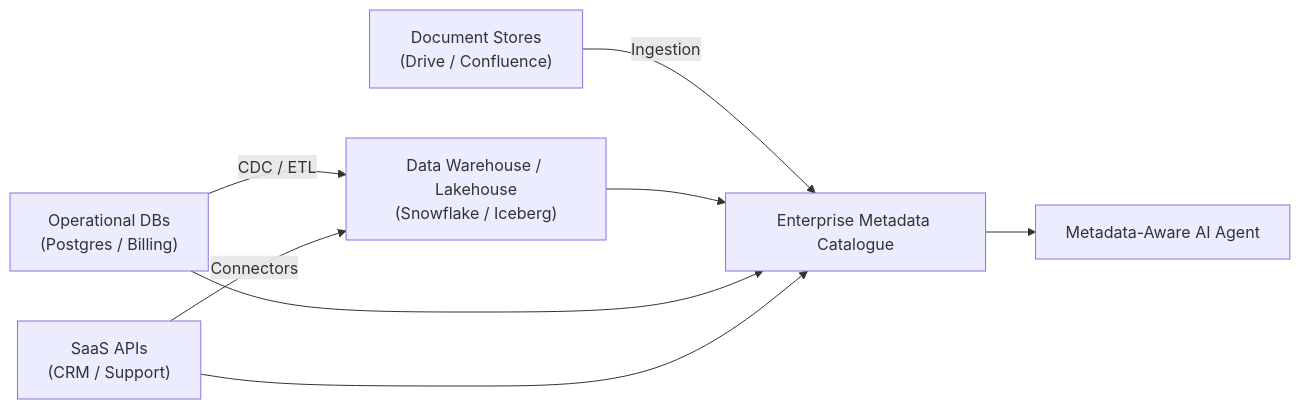
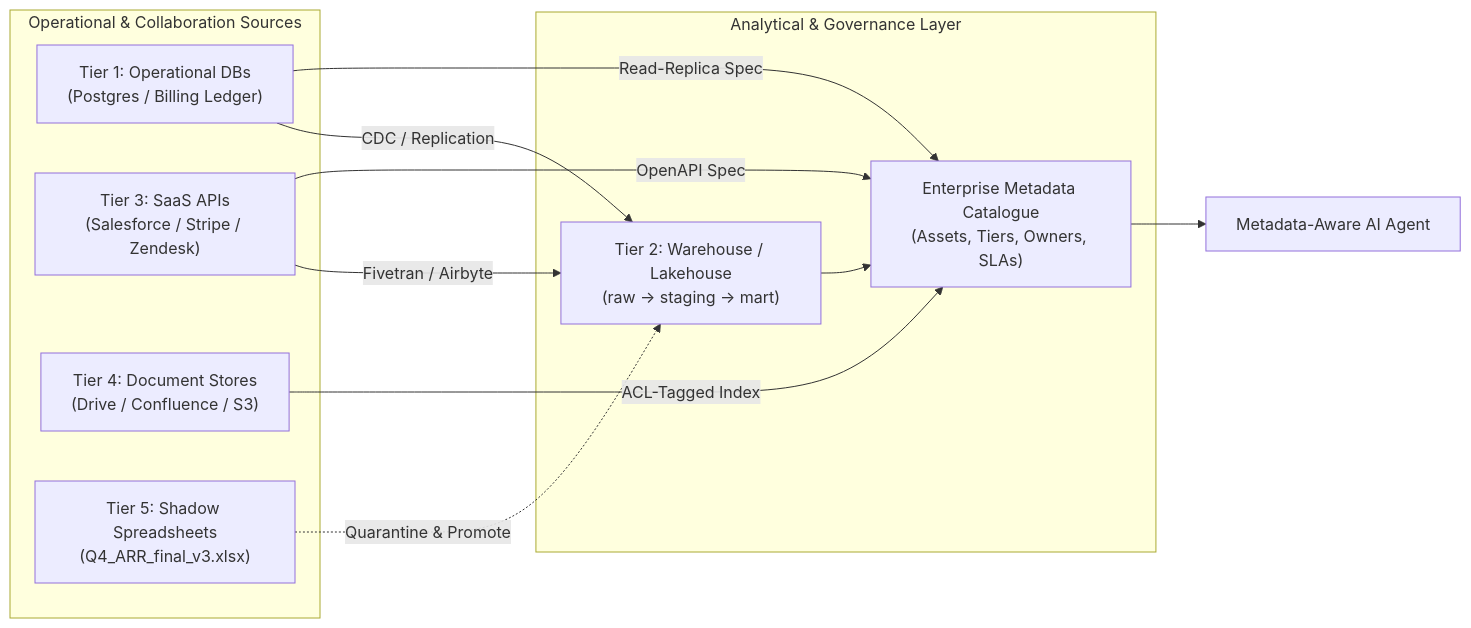
One commit to Amie-dev/FDE-and-GenAI-Mastery changed the first of 2 diagrams in Lecture 24 - Enterprise Data Discovery and Apache Ossie/notes/01_Mapping_Enterprise_Data_Estates.md. Above: the diagram before and after it, drawn with Mermaid. The commit also changed other lines of this file and 92 other files, not shown here.

````diff
--- a/Lecture 24 - Enterprise Data Discovery and Apache Ossie/notes/01_Mapping_Enterprise_Data_Estates.md
+++ b/Lecture 24 - Enterprise Data Discovery and Apache Ossie/notes/01_Mapping_Enterprise_Data_Estates.md
@@ -33,10 +37,23 @@
 ```mermaid
 flowchart LR
-    OLTP["Operational DBs<br/>(Postgres / Billing)"] -->|"CDC / ETL"| DWH["Data Warehouse / Lakehouse<br/>(Snowflake / Iceberg)"]
-    SaaS["SaaS APIs<br/>(CRM / Support)"] -->|"Connectors"| DWH
-    Docs["Document Stores<br/>(Drive / Confluence)"] -->|"Ingestion"| Cat["Enterprise Metadata Catalogue"]
+    subgraph SRC["Operational & Collaboration Sources"]
+        OLTP["Tier 1: Operational DBs<br/>(Postgres / Billing Ledger)"]
+        SaaS["Tier 3: SaaS APIs<br/>(Salesforce / Stripe / Zendesk)"]
+        Docs["Tier 4: Document Stores<br/>(Drive / Confluence / S3)"]
+        Shadow["Tier 5: Shadow Spreadsheets<br/>(Q4_ARR_final_v3.xlsx)"]
+    end
+
+    subgraph ANALYTICAL["Analytical & Governance Layer"]
+        DWH["Tier 2: Warehouse / Lakehouse<br/>(raw -> staging -> mart)"]
+        Cat["Enterprise Metadata Catalogue<br/>(Assets, Tiers, Owners, SLAs)"]
+    end
+
+    OLTP -->|"CDC / Replication"| DWH
+    SaaS -->|"Fivetran / Airbyte"| DWH
     DWH --> Cat
-    OLTP --> Cat
-    SaaS --> Cat
+    OLTP -->|"Read-Replica Spec"| Cat
+    SaaS -->|"OpenAPI Spec"| Cat
+    Docs -->|"ACL-Tagged Index"| Cat
+    Shadow -.->|"Quarantine & Promote"| DWH
     Cat --> Agent["Metadata-Aware AI Agent"]
 ```
````
